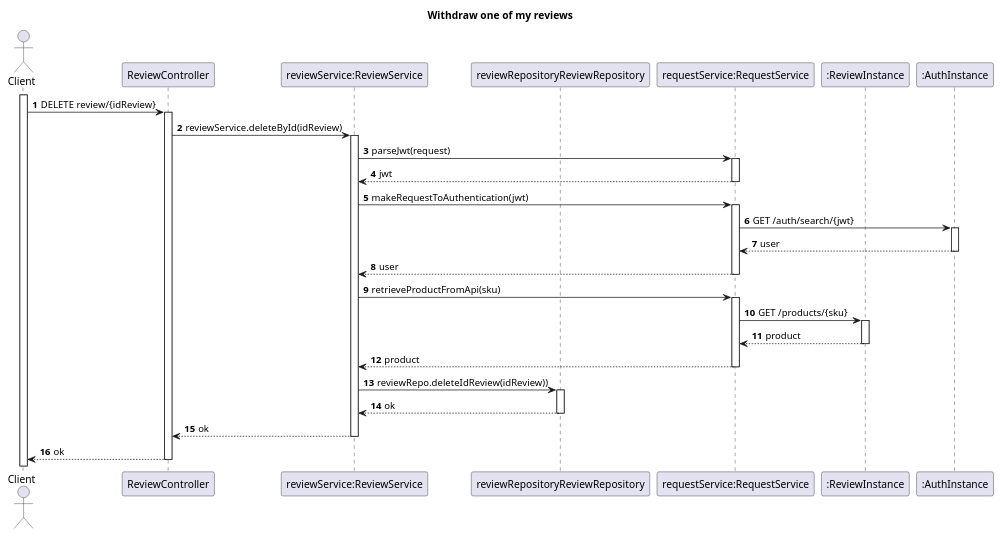
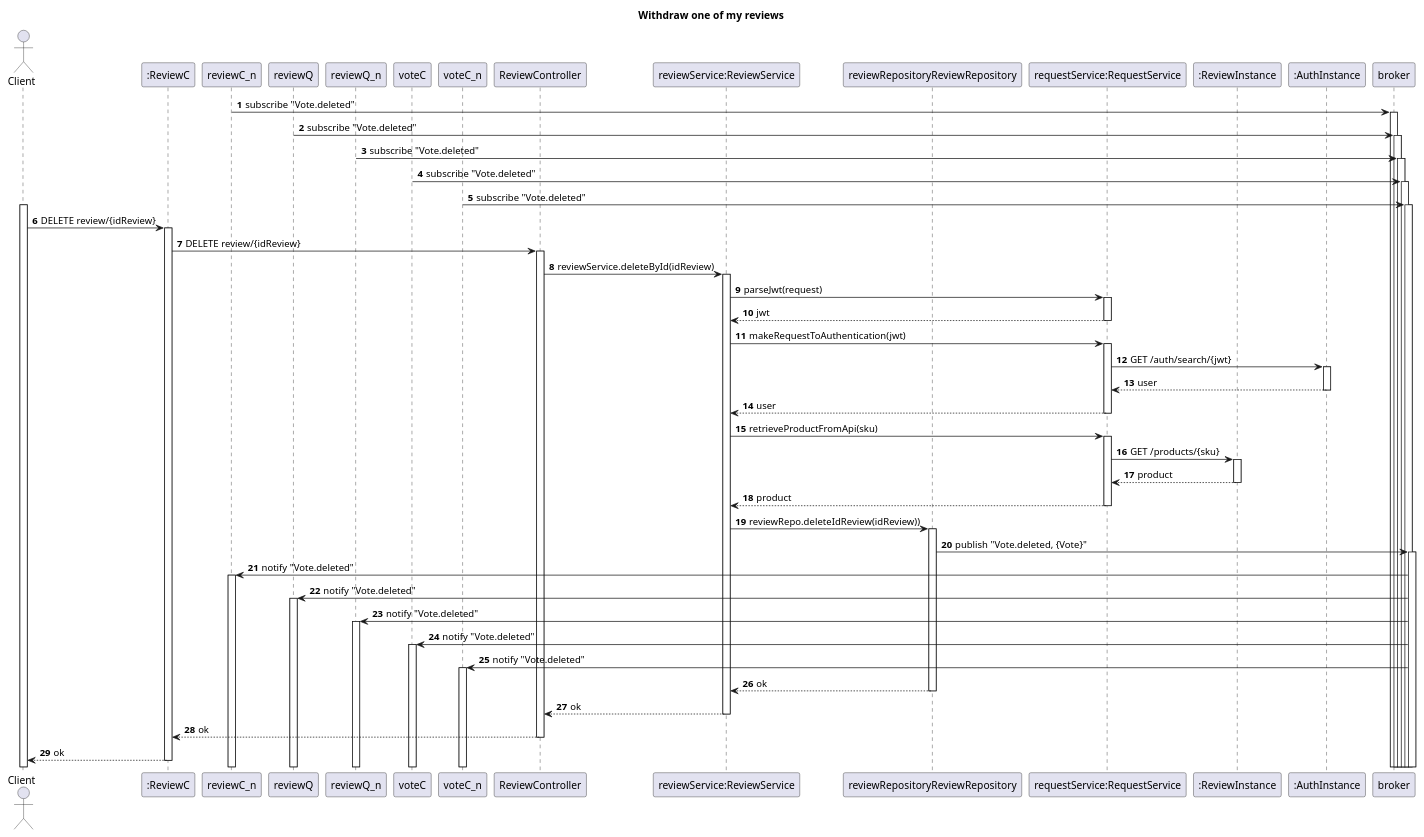
Before and after one commit to TiagoNora/SIDIS-Docs: the diagram in Docs/US07-SD.puml, drawn with PlantUML. The commit also changed 1 other file, not shown here.

```diff
--- a/Docs/US07-SD.puml
+++ b/Docs/US07-SD.puml
@@ -1,42 +1,72 @@
 @startuml
 'https://plantuml.com/sequence-diagram
 
 title Withdraw one of my reviews
 autoactivate on
 autonumber
 
+
+
+
 actor "Client" as User
+
+
+
+reviewC_n -> broker: subscribe "Vote.deleted"
+reviewQ -> broker: subscribe "Vote.deleted"
+reviewQ_n -> broker: subscribe "Vote.deleted"
+voteC -> broker: subscribe "Vote.deleted"
+voteC_n -> broker: subscribe "Vote.deleted"
+
+participant ":ReviewC" as reviewC
+participant ":ReviewC_n" as reviewC_n
+participant ":ReviewQ" as reviewQ
+participant ":ReviewQ_n" as reviewQ_n
+participant ":VoteC" as voteC
+participant ":VoteC_n" as voteC_n
+
 participant "ReviewController" as Ctrl
 participant "reviewService:ReviewService" as service
 participant "reviewRepositoryReviewRepository" as repo
 participant "requestService:RequestService" as request
 participant ":ReviewInstance" as instance
 participant ":AuthInstance" as instanceAuth
 
+participant ":MessageBroker" as broker
+
 
 
 
 activate User
-User -> Ctrl : DELETE review/{idReview}
+User -> reviewC : DELETE review/{idReview}
+reviewC -> Ctrl: DELETE review/{idReview}
 Ctrl -> service : reviewService.deleteById(idReview)
 
 service -> request : parseJwt(request)
 request --> service: jwt
 service -> request: makeRequestToAuthentication(jwt)
 request -> instanceAuth: GET /auth/search/{jwt}
 instanceAuth --> request: user
 request --> service: user
 
 service -> request:retrieveProductFromApi(sku)
 request -> instance: GET /products/{sku}
 instance --> request: product
 request --> service: product
 service -> repo: reviewRepo.deleteIdReview(idReview))
+repo -> broker: publish "Vote.deleted, {Vote}"
+
+reviewC_n <- broker: notify "Vote.deleted"
+reviewQ <- broker: notify "Vote.deleted"
+reviewQ_n <- broker: notify "Vote.deleted"
+voteC <- broker: notify "Vote.deleted"
+voteC_n <- broker: notify "Vote.deleted"
 
 repo --> service: ok
 service --> Ctrl: ok
-Ctrl --> User: ok
+Ctrl --> reviewC: ok
+reviewC --> User: ok
 
 
 
 @enduml
```
